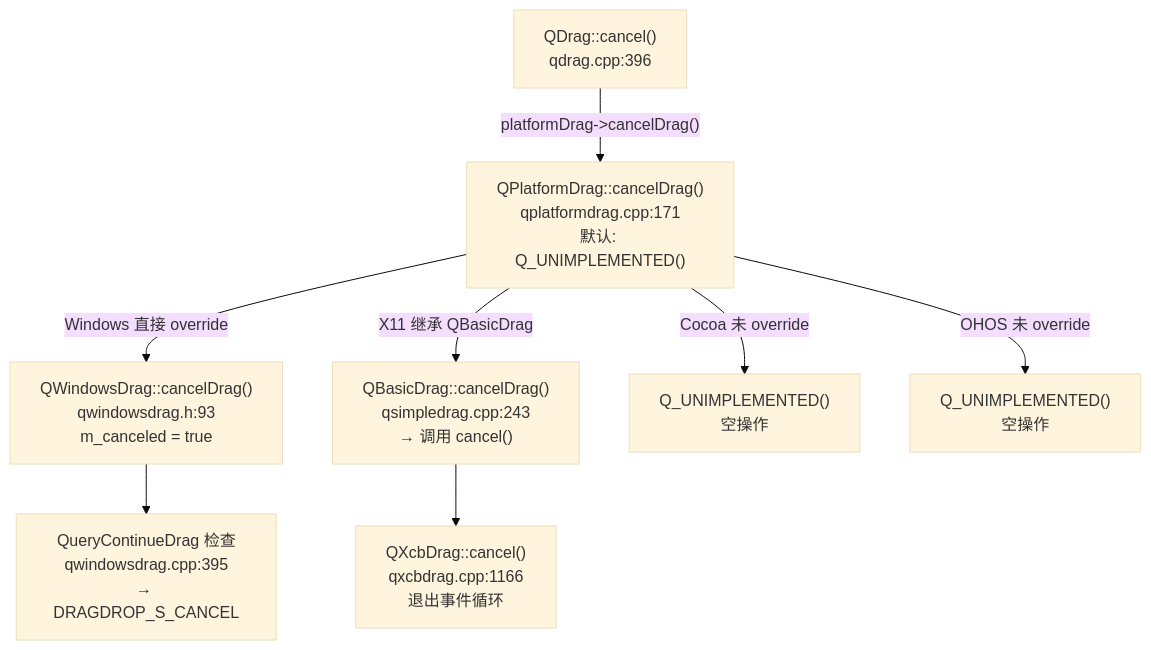
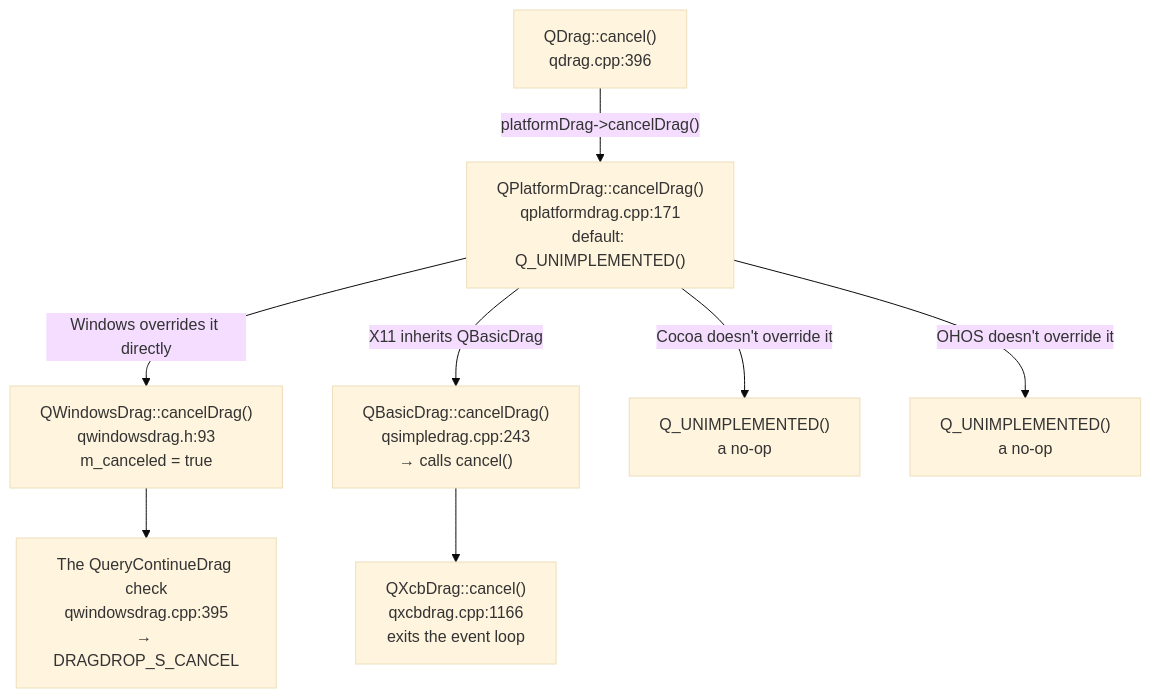
The diagram in semantic/qdrag-cancel-cross-platform.md (liangqi/ohos_qt-skills), drawn with Mermaid (base theme) before and after one commit. The commit also changed other lines of this file and 151 other files, not shown here.

````diff
--- a/semantic/qdrag-cancel-cross-platform.md
+++ b/semantic/qdrag-cancel-cross-platform.md
@@ -55,13 +55,13 @@
 ```mermaid
 graph TB
-    QDrag["QDrag::cancel()<br/>qdrag.cpp:396"] -->|"platformDrag->cancelDrag()"| QPD["QPlatformDrag::cancelDrag()<br/>qplatformdrag.cpp:171<br/>默认: Q_UNIMPLEMENTED()"]
+    QDrag["QDrag::cancel()<br/>qdrag.cpp:396"] -->|"platformDrag->cancelDrag()"| QPD["QPlatformDrag::cancelDrag()<br/>qplatformdrag.cpp:171<br/>default: Q_UNIMPLEMENTED()"]
 
-    QPD -->|"Windows 直接 override"| QWD["QWindowsDrag::cancelDrag()<br/>qwindowsdrag.h:93<br/>m_canceled = true"]
-    QWD --> QCD["QueryContinueDrag 检查<br/>qwindowsdrag.cpp:395<br/>→ DRAGDROP_S_CANCEL"]
+    QPD -->|"Windows overrides it directly"| QWD["QWindowsDrag::cancelDrag()<br/>qwindowsdrag.h:93<br/>m_canceled = true"]
+    QWD --> QCD["The QueryContinueDrag check<br/>qwindowsdrag.cpp:395<br/>→ DRAGDROP_S_CANCEL"]
 
-    QPD -->|"X11 继承 QBasicDrag"| QBD["QBasicDrag::cancelDrag()<br/>qsimpledrag.cpp:243<br/>→ 调用 cancel()"]
-    QBD --> QXC["QXcbDrag::cancel()<br/>qxcbdrag.cpp:1166<br/>退出事件循环"]
+    QPD -->|"X11 inherits QBasicDrag"| QBD["QBasicDrag::cancelDrag()<br/>qsimpledrag.cpp:243<br/>→ calls cancel()"]
+    QBD --> QXC["QXcbDrag::cancel()<br/>qxcbdrag.cpp:1166<br/>exits the event loop"]
 
-    QPD -->|"Cocoa 未 override"| Unimpl1["Q_UNIMPLEMENTED()<br/>空操作"]
-    QPD -->|"OHOS 未 override"| Unimpl2["Q_UNIMPLEMENTED()<br/>空操作"]
+    QPD -->|"Cocoa doesn't override it"| Unimpl1["Q_UNIMPLEMENTED()<br/>a no-op"]
+    QPD -->|"OHOS doesn't override it"| Unimpl2["Q_UNIMPLEMENTED()<br/>a no-op"]
 ```
````
